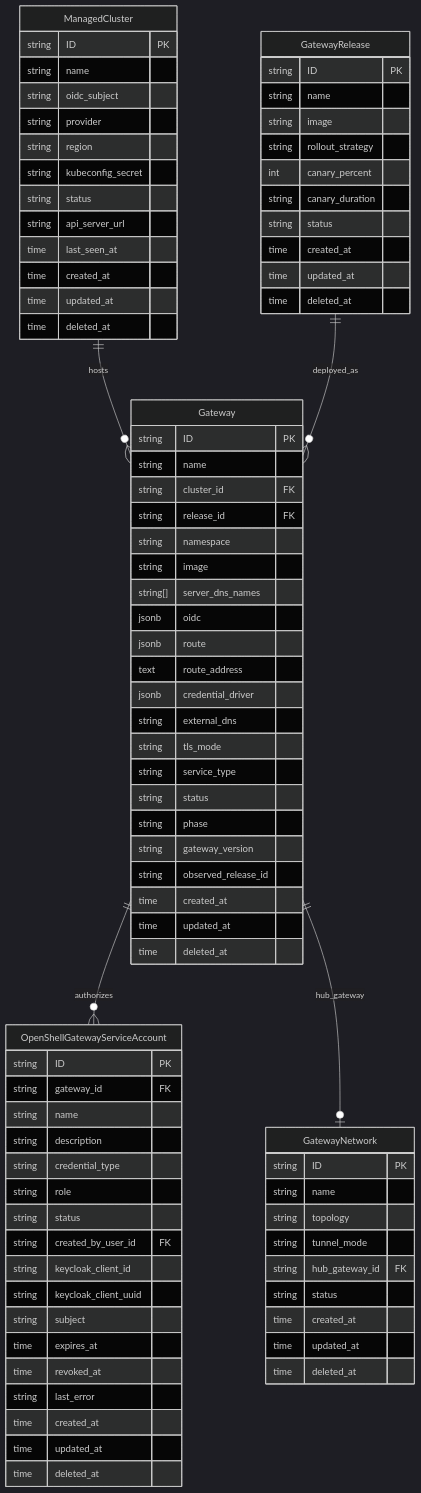
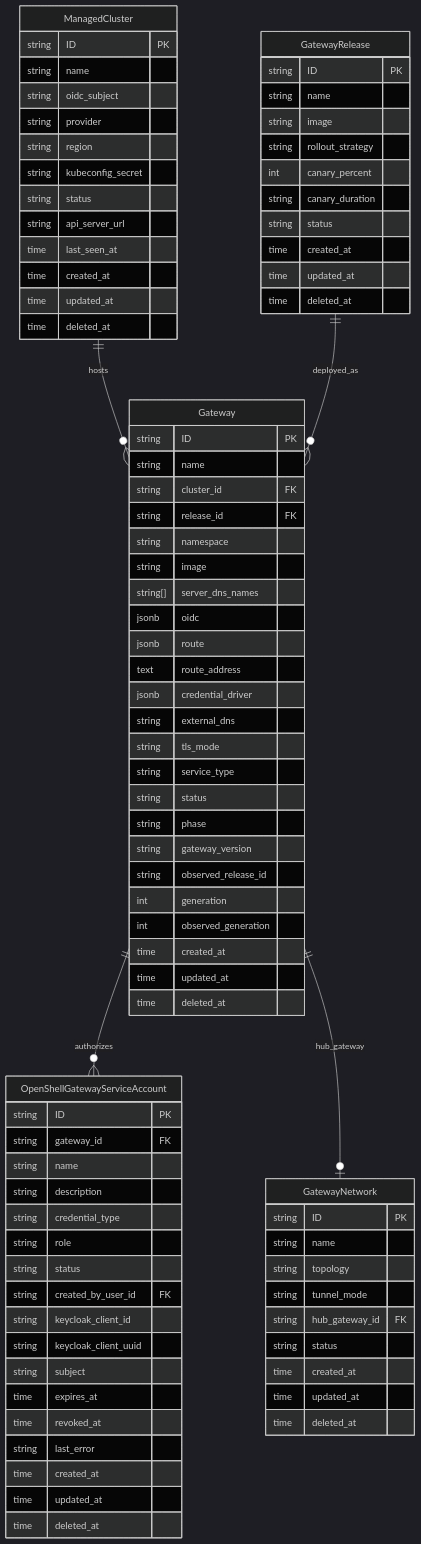
One commit to openshift-online/hypershell changed the diagram in specs/platform/data-model.spec.md. Above: the diagram before and after it, drawn with Mermaid (dark theme). The commit also changed other lines of this file and 2 other files, not shown here.

```diff
--- a/specs/platform/data-model.spec.md
+++ b/specs/platform/data-model.spec.md
@@ -69,6 +69,8 @@
         string phase
         string gateway_version
         string observed_release_id
+        int generation
+        int observed_generation
         time created_at
         time updated_at
         time deleted_at
```
